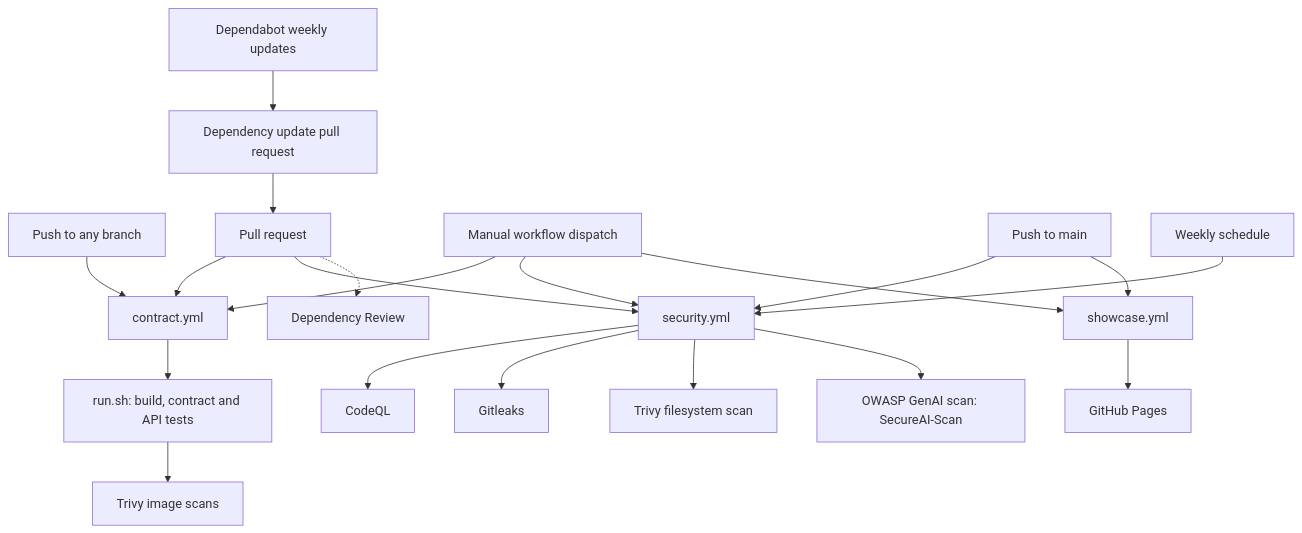
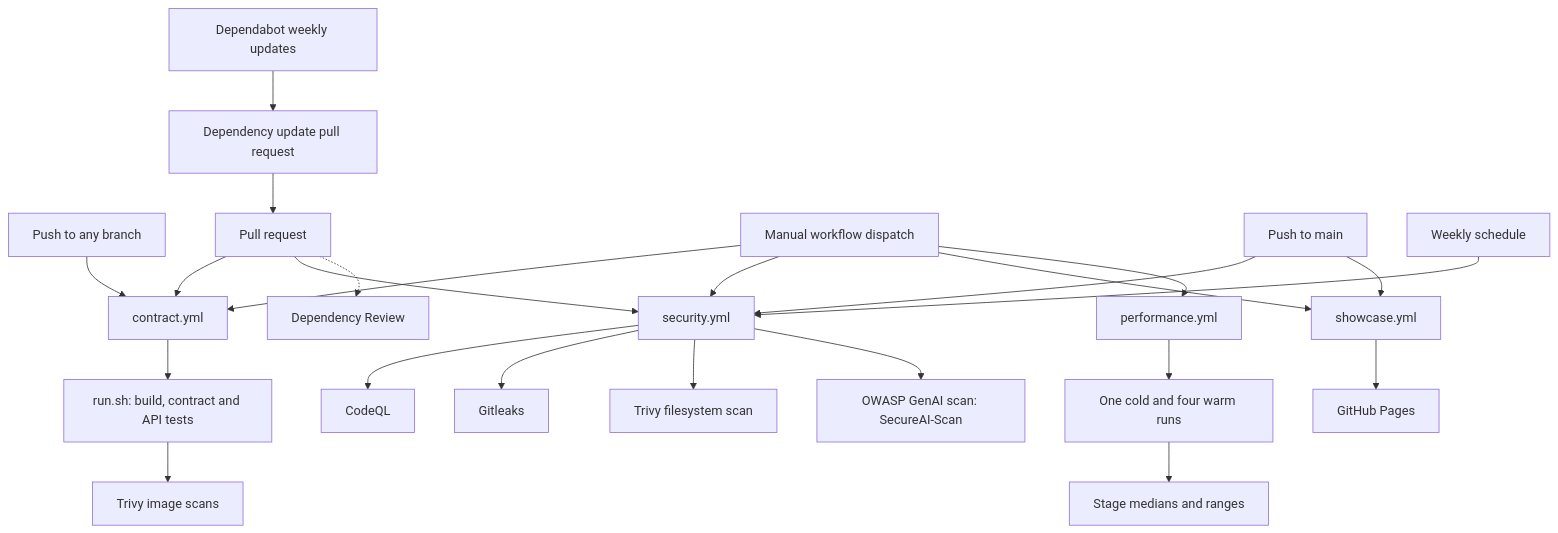
The diagram in README.md (shoman2020/oas-polycontract), drawn with Mermaid before and after one commit. The commit also changed other lines of this file and 20 other files, not shown here.

````diff
--- a/README.md
+++ b/README.md
@@ -86,24 +95,27 @@
 ```mermaid
 flowchart TB
   AnyPush[Push to any branch] --> Contract[contract.yml]
   PullRequest[Pull request] --> Contract
   Manual[Manual workflow dispatch] --> Contract
   Contract --> Runner[run.sh: build, contract and API tests]
   Runner --> ImageScans[Trivy image scans]
 
   MainPush[Push to main] --> Security[security.yml]
   PullRequest --> Security
   Weekly[Weekly schedule] --> Security
   Manual --> Security
   Security --> CodeQL[CodeQL]
   Security --> Secrets[Gitleaks]
   Security --> FileScan[Trivy filesystem scan]
   Security --> AIScan[OWASP GenAI scan: SecureAI-Scan]
   PullRequest -.-> Review[Dependency Review]
 
   MainPush --> Showcase[showcase.yml]
   Manual --> Showcase
   Showcase --> Pages[GitHub Pages]
+  Manual --> Performance[performance.yml]
+  Performance --> Samples[One cold and four warm runs]
+  Samples --> Timings[Stage medians and ranges]
   Dependabot[Dependabot weekly updates] --> UpdatePR[Dependency update pull request]
   UpdatePR --> PullRequest
 ```
````
